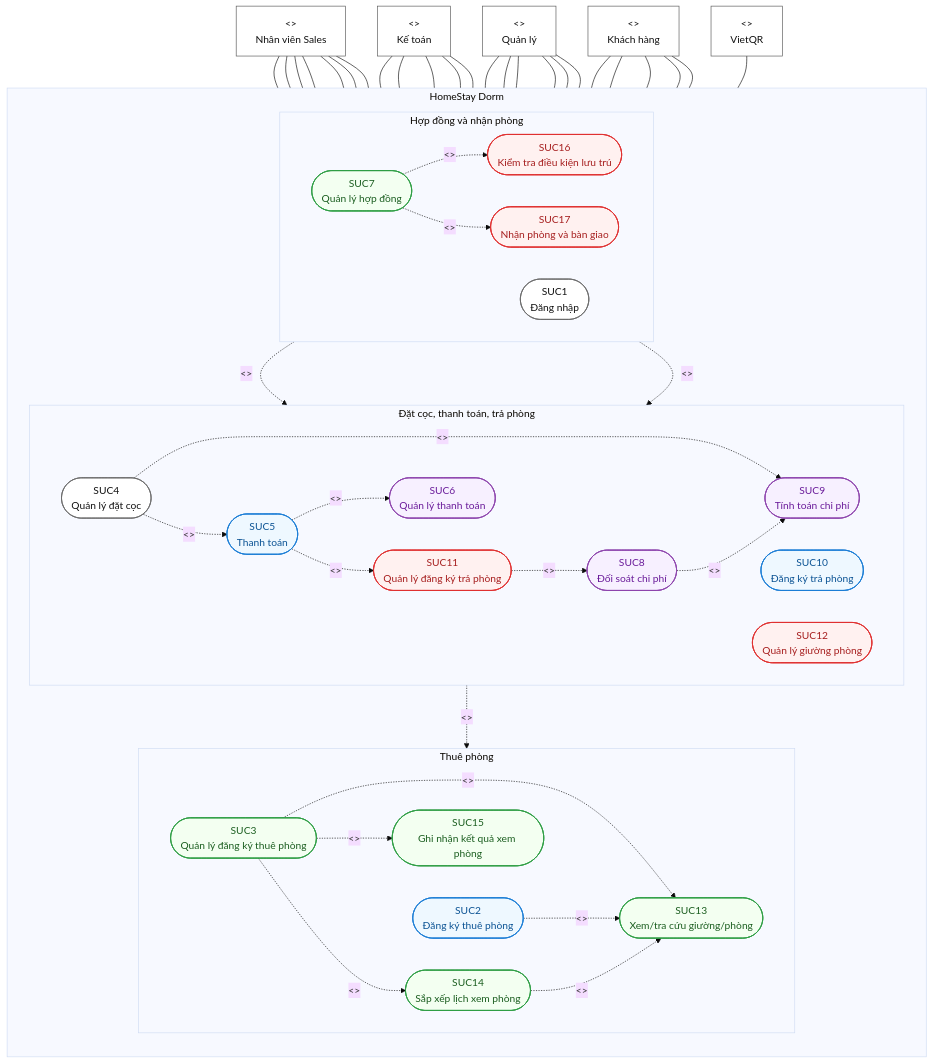
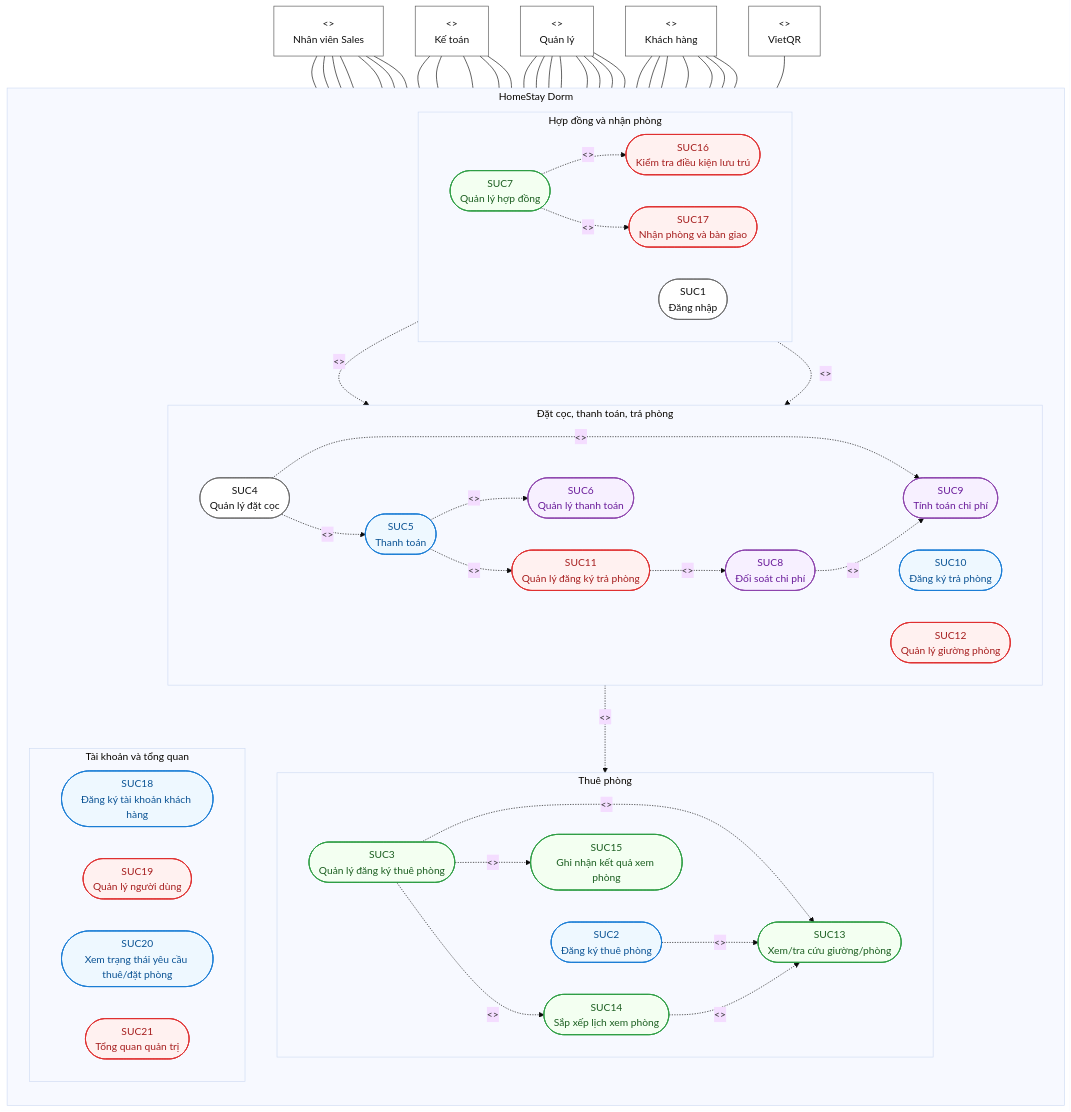
The diagram in report/diagrams/system_usecase_diagram.mmd (dinhdaivu/CSC12004_Information-Systems-Analysis-and-Design), drawn with Mermaid (base theme) before and after one commit. The commit also changed 26 other files, not shown here.

```diff
--- a/report/diagrams/system_usecase_diagram.mmd
+++ b/report/diagrams/system_usecase_diagram.mmd
@@ -1,96 +1,108 @@
 flowchart TB
     classDef actor fill:#fff,stroke:#555,stroke-width:1px,color:#111;
     classDef sales fill:#f3fff1,stroke:#2f9e44,stroke-width:1.5px,color:#1b5e20;
     classDef customer fill:#eef8ff,stroke:#1c7ed6,stroke-width:1.5px,color:#0b5394;
     classDef accountant fill:#f7f0ff,stroke:#8e44ad,stroke-width:1.5px,color:#6a1b9a;
     classDef manager fill:#fff1f0,stroke:#e03131,stroke-width:1.5px,color:#a61e1e;
     classDef neutral fill:#ffffff,stroke:#666,stroke-width:1.2px,color:#111;
     classDef external fill:#fff7e6,stroke:#f08c00,stroke-width:1.5px,color:#9c5a00;
 
     Sales["<<actor>><br/>Nhân viên Sales"]:::actor
     Accountant["<<actor>><br/>Kế toán"]:::actor
     Manager["<<actor>><br/>Quản lý"]:::actor
     Customer["<<actor>><br/>Khách hàng"]:::actor
     VietQR["<<actor>><br/>VietQR"]:::actor
 
     subgraph System["HomeStay Dorm"]
         direction TB
 
         subgraph G1["Thuê phòng"]
             direction LR
             SUC3(["SUC3<br/>Quản lý đăng ký thuê phòng"]):::sales
             SUC14(["SUC14<br/>Sắp xếp lịch xem phòng"]):::sales
             SUC2(["SUC2<br/>Đăng ký thuê phòng"]):::customer
             SUC13(["SUC13<br/>Xem/tra cứu giường/phòng"]):::sales
             SUC15(["SUC15<br/>Ghi nhận kết quả xem phòng"]):::sales
         end
 
         subgraph G2["Hợp đồng và nhận phòng"]
             direction LR
             SUC7(["SUC7<br/>Quản lý hợp đồng"]):::sales
             SUC16(["SUC16<br/>Kiểm tra điều kiện lưu trú"]):::manager
             SUC1(["SUC1<br/>Đăng nhập"]):::neutral
             SUC17(["SUC17<br/>Nhận phòng và bàn giao"]):::manager
         end
 
         subgraph G3["Đặt cọc, thanh toán, trả phòng"]
             direction LR
             SUC9(["SUC9<br/>Tính toán chi phí"]):::accountant
             SUC4(["SUC4<br/>Quản lý đặt cọc"]):::neutral
             SUC5(["SUC5<br/>Thanh toán"]):::customer
             SUC8(["SUC8<br/>Đối soát chi phí"]):::accountant
             SUC6(["SUC6<br/>Quản lý thanh toán"]):::accountant
             SUC11(["SUC11<br/>Quản lý đăng ký trả phòng"]):::manager
             SUC10(["SUC10<br/>Đăng ký trả phòng"]):::customer
             SUC12(["SUC12<br/>Quản lý giường phòng"]):::manager
         end
+
+        subgraph G4["Tài khoản và tổng quan"]
+            direction LR
+            SUC18(["SUC18<br/>Đăng ký tài khoản khách hàng"]):::customer
+            SUC19(["SUC19<br/>Quản lý người dùng"]):::manager
+            SUC20(["SUC20<br/>Xem trạng thái yêu cầu thuê/đặt phòng"]):::customer
+            SUC21(["SUC21<br/>Tổng quan quản trị"]):::manager
+        end
     end
 
     Sales --- SUC1
     Sales --- SUC3
     Sales --- SUC4
     Sales --- SUC7
     Sales --- SUC13
     Sales --- SUC14
     Sales --- SUC15
 
     Accountant --- SUC1
     Accountant --- SUC4
     Accountant --- SUC6
     Accountant --- SUC8
     Accountant --- SUC9
 
     Manager --- SUC1
     Manager --- SUC4
     Manager --- SUC11
     Manager --- SUC12
     Manager --- SUC16
     Manager --- SUC17
+    Manager --- SUC19
+    Manager --- SUC21
 
     Customer --- SUC1
     Customer --- SUC2
     Customer --- SUC5
     Customer --- SUC10
     Customer --- SUC13
+    Customer --- SUC18
+    Customer --- SUC20
 
     VietQR --- SUC5
 
     SUC3 -. "<<include>>" .-> SUC13
     SUC3 -. "<<include>>" .-> SUC14
     SUC3 -. "<<include>>" .-> SUC15
     SUC2 -. "<<include>>" .-> SUC13
     SUC14 -. "<<include>>" .-> SUC13
 
     SUC4 -. "<<extend>>" .-> SUC3
 
     SUC7 -. "<<include>>" .-> SUC16
     SUC7 -. "<<include>>" .-> SUC9
     SUC7 -. "<<include>>" .-> SUC5
     SUC7 -. "<<include>>" .-> SUC17
 
     SUC4 -. "<<include>>" .-> SUC9
     SUC4 -. "<<include>>" .-> SUC5
     SUC8 -. "<<include>>" .-> SUC9
     SUC5 -. "<<include>>" .-> SUC6
     SUC5 -. "<<extend>>" .-> SUC11
     SUC11 -. "<<include>>" .-> SUC8
```
